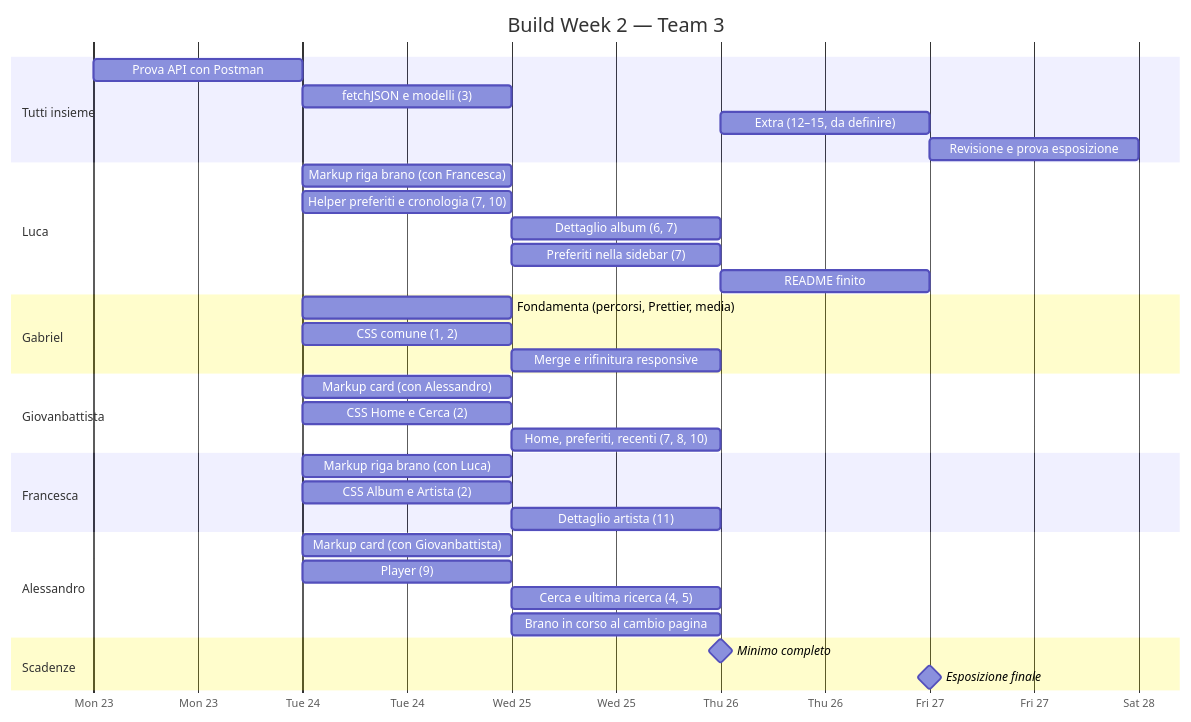
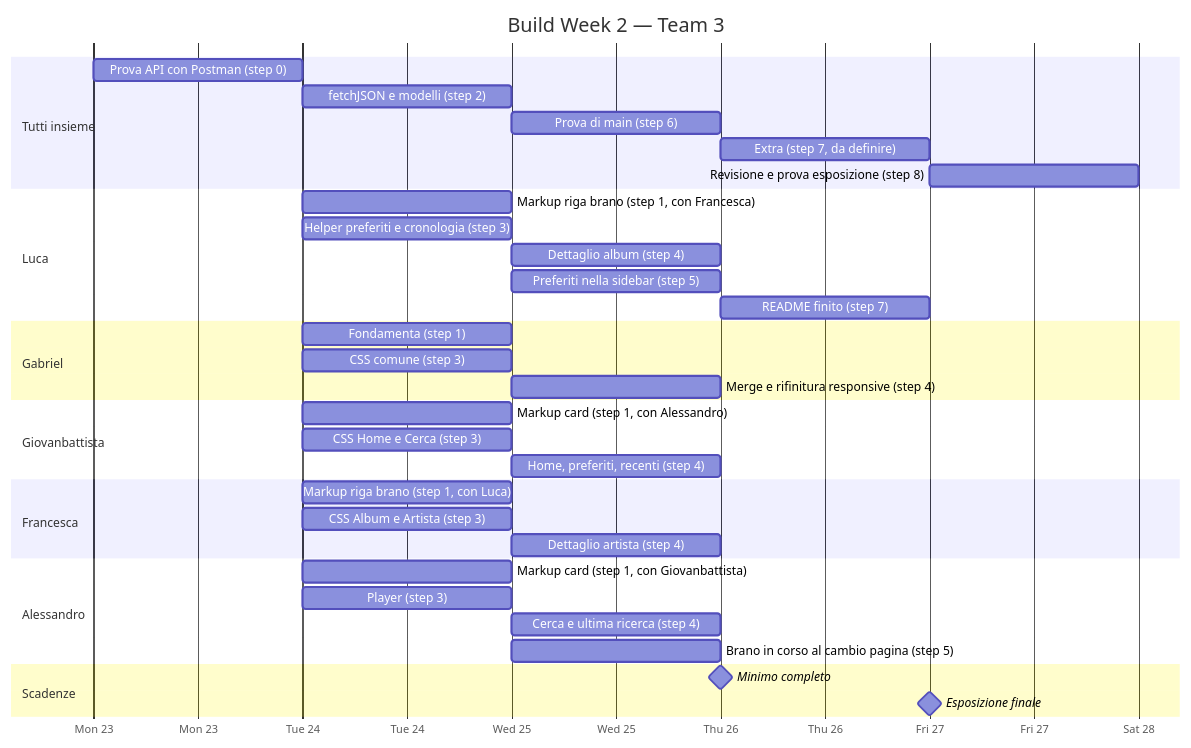
Before and after one commit to Ilbollit0/Team-3-progetto-buildweek-2: the first of 7 diagrams in docs/Controllo e monitoraggio.md, drawn with Mermaid. The commit also changed other lines of this file and 2 other files, not shown here.

Commit message:
Aggiornamento project

````diff
--- a/docs/Controllo e monitoraggio.md
+++ b/docs/Controllo e monitoraggio.md
@@ -9,44 +9,45 @@
 ```mermaid
 gantt
   title Build Week 2 — Team 3
   dateFormat YYYY-MM-DD
   axisFormat %a %d
 
   section Tutti insieme
-  Prova API con Postman            :2026-11-23, 1d
-  fetchJSON e modelli (3)          :2026-11-24, 1d
-  Extra (12–15, da definire)       :2026-11-26, 1d
-  Revisione e prova esposizione    :2026-11-27, 1d
+  Prova API con Postman (step 0)   :2026-11-23, 1d
+  fetchJSON e modelli (step 2)     :2026-11-24, 1d
+  Prova di main (step 6)           :2026-11-25, 1d
+  Extra (step 7, da definire)      :2026-11-26, 1d
+  Revisione e prova esposizione (step 8) :2026-11-27, 1d
 
   section Luca
-  Markup riga brano (con Francesca) :2026-11-24, 1d
-  Helper preferiti e cronologia (7, 10) :2026-11-24, 1d
-  Dettaglio album (6, 7)           :2026-11-25, 1d
-  Preferiti nella sidebar (7)      :2026-11-25, 1d
-  README finito                    :2026-11-26, 1d
+  Markup riga brano (step 1, con Francesca) :2026-11-24, 1d
+  Helper preferiti e cronologia (step 3) :2026-11-24, 1d
+  Dettaglio album (step 4)         :2026-11-25, 1d
+  Preferiti nella sidebar (step 5) :2026-11-25, 1d
+  README finito (step 7)           :2026-11-26, 1d
 
   section Gabriel
-  Fondamenta (percorsi, Prettier, media) :2026-11-24, 1d
-  CSS comune (1, 2)                :2026-11-24, 1d
-  Merge e rifinitura responsive    :2026-11-25, 1d
+  Fondamenta (step 1)              :2026-11-24, 1d
+  CSS comune (step 3)              :2026-11-24, 1d
+  Merge e rifinitura responsive (step 4) :2026-11-25, 1d
 
   section Giovanbattista
-  Markup card (con Alessandro)     :2026-11-24, 1d
-  CSS Home e Cerca (2)             :2026-11-24, 1d
-  Home, preferiti, recenti (7, 8, 10) :2026-11-25, 1d
+  Markup card (step 1, con Alessandro) :2026-11-24, 1d
+  CSS Home e Cerca (step 3)        :2026-11-24, 1d
+  Home, preferiti, recenti (step 4) :2026-11-25, 1d
 
   section Francesca
-  Markup riga brano (con Luca)     :2026-11-24, 1d
-  CSS Album e Artista (2)          :2026-11-24, 1d
-  Dettaglio artista (11)           :2026-11-25, 1d
+  Markup riga brano (step 1, con Luca) :2026-11-24, 1d
+  CSS Album e Artista (step 3)     :2026-11-24, 1d
+  Dettaglio artista (step 4)       :2026-11-25, 1d
 
   section Alessandro
-  Markup card (con Giovanbattista) :2026-11-24, 1d
-  Player (9)                       :2026-11-24, 1d
-  Cerca e ultima ricerca (4, 5)    :2026-11-25, 1d
-  Brano in corso al cambio pagina  :2026-11-25, 1d
+  Markup card (step 1, con Giovanbattista) :2026-11-24, 1d
+  Player (step 3)                  :2026-11-24, 1d
+  Cerca e ultima ricerca (step 4)  :2026-11-25, 1d
+  Brano in corso al cambio pagina (step 5) :2026-11-25, 1d
 
   section Scadenze
   Minimo completo                  :milestone, 2026-11-26, 0d
   Esposizione finale               :milestone, 2026-11-27, 0d
 ```
````
